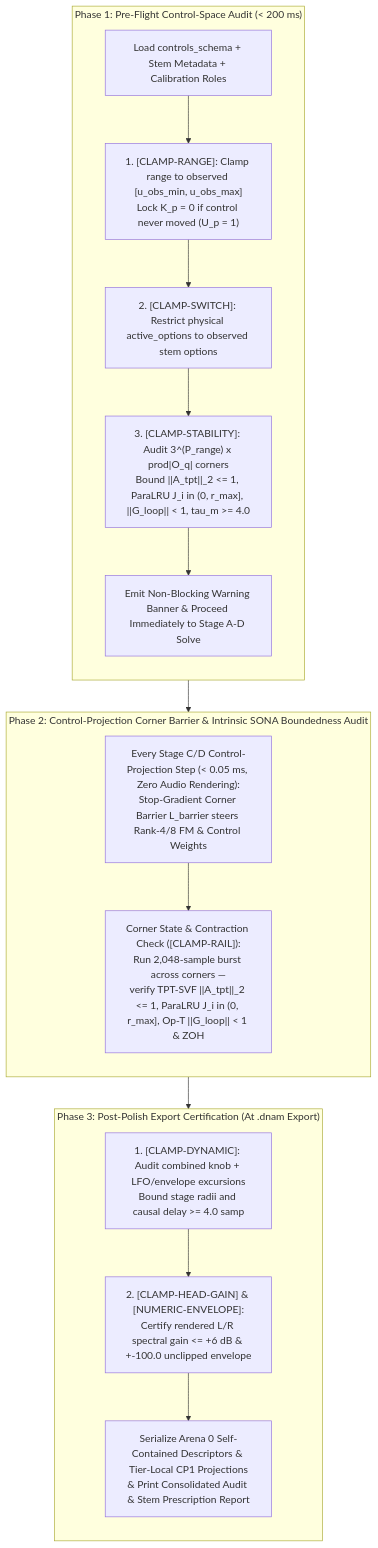
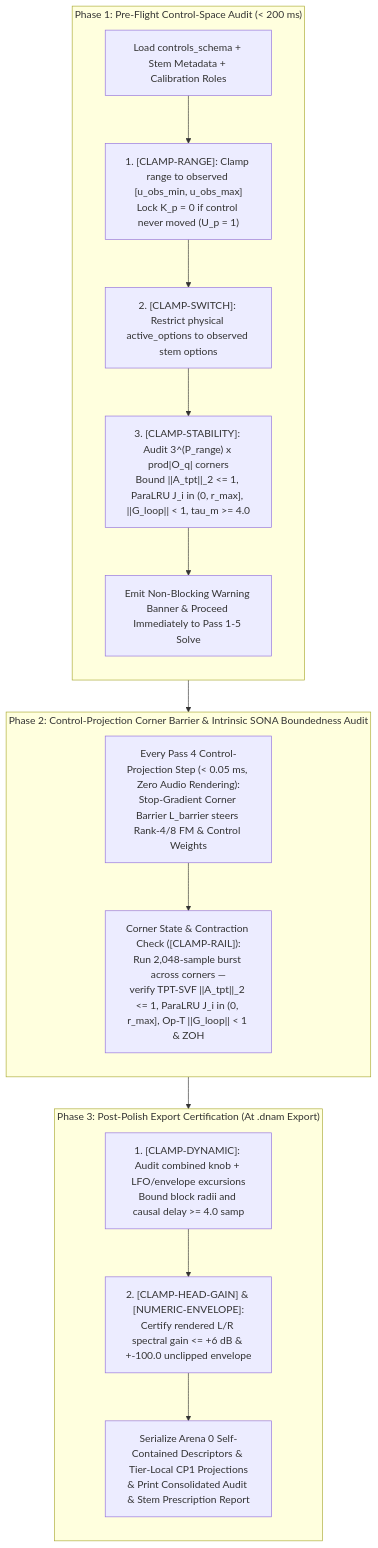
Before and after one commit to mokugen/dnam: the diagram in docs/specs/training/control_space_audit.md, drawn with Mermaid. The commit also changed other lines of this file and 198 other files, not shown here.

````diff
--- a/docs/specs/training/control_space_audit.md
+++ b/docs/specs/training/control_space_audit.md
@@ -24,23 +26,23 @@
 ```mermaid
 flowchart TD
     subgraph P1 ["Phase 1: Pre-Flight Control-Space Audit (< 200 ms)"]
         direction TB
         S0["Load controls_schema + Stem Metadata + Calibration Roles"] --> CRange["1. [CLAMP-RANGE]: Clamp range to observed [u_obs_min, u_obs_max]<br/>Lock K_p = 0 if control never moved (U_p = 1)"]
         CRange --> CSwitch["2. [CLAMP-SWITCH]: Restrict physical active_options to observed stem options"]
         CSwitch --> CStab["3. [CLAMP-STABILITY]: Audit 3^(P_range) x prod|O_q| corners<br/>Bound ||A_tpt||_2 <= 1, ParaLRU J_i in (0, r_max], ||G_loop|| < 1, tau_m >= 4.0"]
-        CStab --> Warn["Emit Non-Blocking Warning Banner & Proceed Immediately to Stage A-D Solve"]
+        CStab --> Warn["Emit Non-Blocking Warning Banner & Proceed Immediately to Pass 1-5 Solve"]
     end
 
     subgraph P2 ["Phase 2: Control-Projection Corner Barrier & Intrinsic SONA Boundedness Audit"]
         direction TB
-        Step["Every Stage C/D Control-Projection Step (< 0.05 ms, Zero Audio Rendering):<br/>Stop-Gradient Corner Barrier L_barrier steers Rank-4/8 FM & Control Weights"] --> Rail["Corner State & Contraction Check ([CLAMP-RAIL]):<br/>Run 2,048-sample burst across corners —<br/>verify TPT-SVF ||A_tpt||_2 <= 1, ParaLRU J_i in (0, r_max], Op-T ||G_loop|| < 1 & ZOH"]
+        Step["Every Pass 4 Control-Projection Step (< 0.05 ms, Zero Audio Rendering):<br/>Stop-Gradient Corner Barrier L_barrier steers Rank-4/8 FM & Control Weights"] --> Rail["Corner State & Contraction Check ([CLAMP-RAIL]):<br/>Run 2,048-sample burst across corners —<br/>verify TPT-SVF ||A_tpt||_2 <= 1, ParaLRU J_i in (0, r_max], Op-T ||G_loop|| < 1 & ZOH"]
     end
 
     subgraph P3 ["Phase 3: Post-Polish Export Certification (At .dnam Export)"]
         direction TB
-        CDyn["1. [CLAMP-DYNAMIC]: Audit combined knob + LFO/envelope excursions<br/>Bound stage radii and causal delay >= 4.0 samp"] --> CHead["2. [CLAMP-HEAD-GAIN] & [NUMERIC-ENVELOPE]:<br/>Certify rendered L/R spectral gain <= +6 dB & +-100.0 unclipped envelope"]
+        CDyn["1. [CLAMP-DYNAMIC]: Audit combined knob + LFO/envelope excursions<br/>Bound block radii and causal delay >= 4.0 samp"] --> CHead["2. [CLAMP-HEAD-GAIN] & [NUMERIC-ENVELOPE]:<br/>Certify rendered L/R spectral gain <= +6 dB & +-100.0 unclipped envelope"]
         CHead --> Out["Serialize Arena 0 Self-Contained Descriptors & Tier-Local CP1 Projections<br/>& Print Consolidated Audit & Stem Prescription Report"]
     end
 
     P1 --> P2 --> P3
 ```
````
